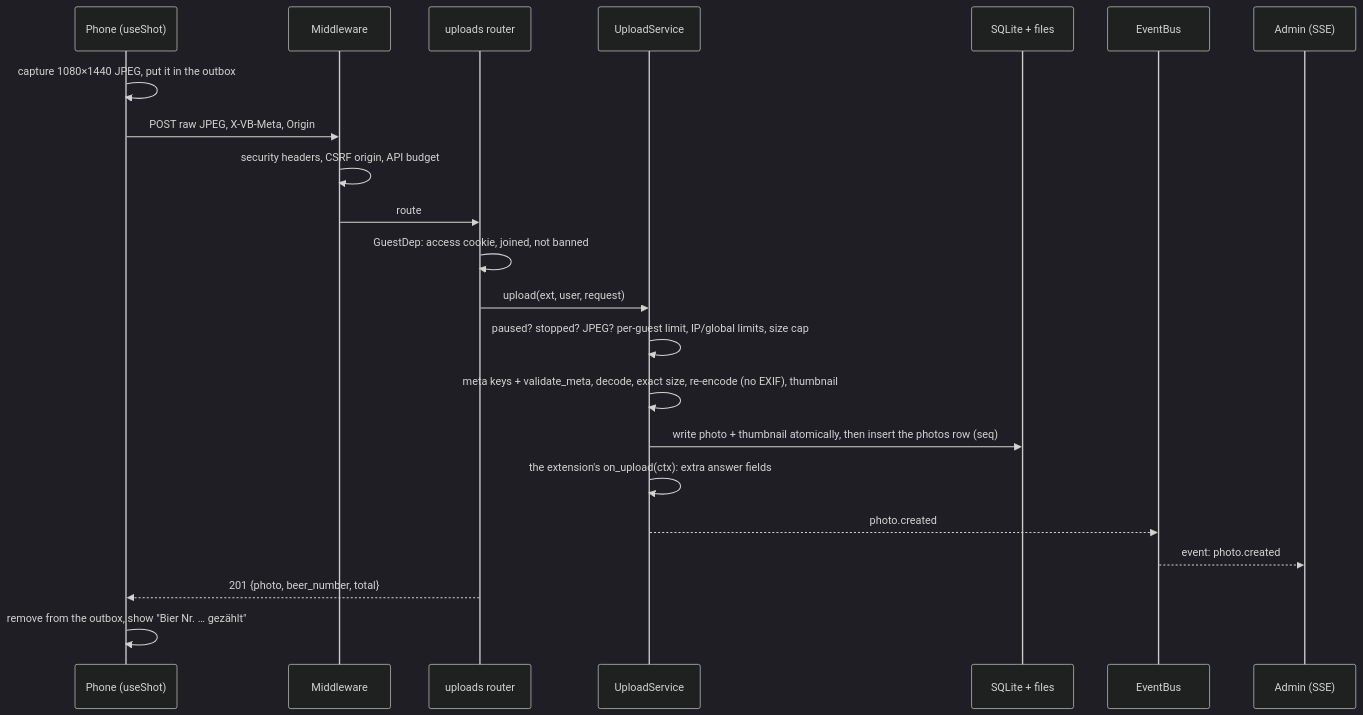
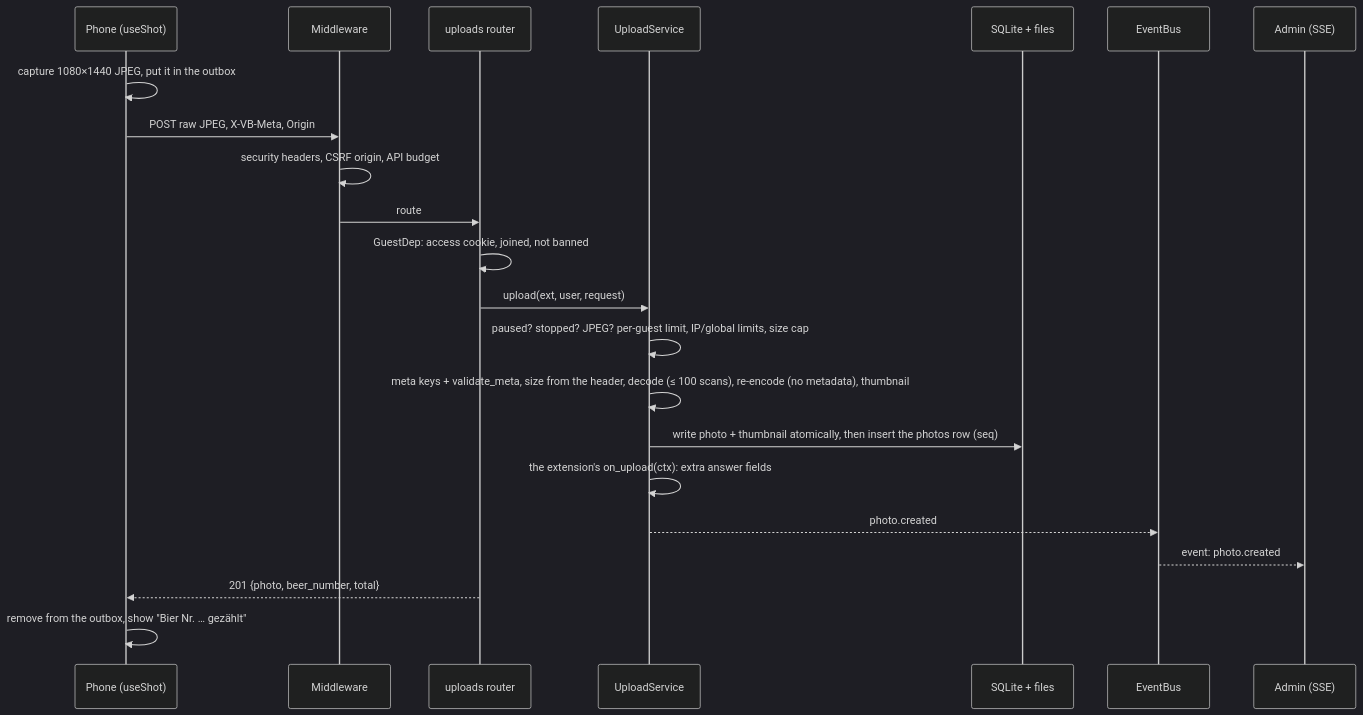
Before and after one commit to eneuberg/virtubooth: the second of 5 diagrams in docs/ARCHITECTURE.md, drawn with Mermaid (dark theme). The commit also changed other lines of this file and 5 other files, not shown here.

````diff
--- a/docs/ARCHITECTURE.md
+++ b/docs/ARCHITECTURE.md
@@ -83,24 +87,24 @@
 ```mermaid
 sequenceDiagram
   participant P as Phone (useShot)
   participant M as Middleware
   participant R as uploads router
   participant S as UploadService
   participant DB as SQLite + files
   participant B as EventBus
   participant A as Admin (SSE)
   P->>P: capture 1080×1440 JPEG, put it in the outbox
   P->>M: POST raw JPEG, X-VB-Meta, Origin
   M->>M: security headers, CSRF origin, API budget
   M->>R: route
   R->>R: GuestDep: access cookie, joined, not banned
   R->>S: upload(ext, user, request)
   S->>S: paused? stopped? JPEG? per-guest limit, IP/global limits, size cap
-  S->>S: meta keys + validate_meta, decode, exact size, re-encode (no EXIF), thumbnail
+  S->>S: meta keys + validate_meta, size from the header, decode (≤ 100 scans), re-encode (no metadata), thumbnail
   S->>DB: write photo + thumbnail atomically, then insert the photos row (seq)
   S->>S: the extension's on_upload(ctx): extra answer fields
   S-->>B: photo.created
   B-->>A: event: photo.created
   R-->>P: 201 {photo, beer_number, total}
   P->>P: remove from the outbox, show "Bier Nr. … gezählt"
 ```
````
